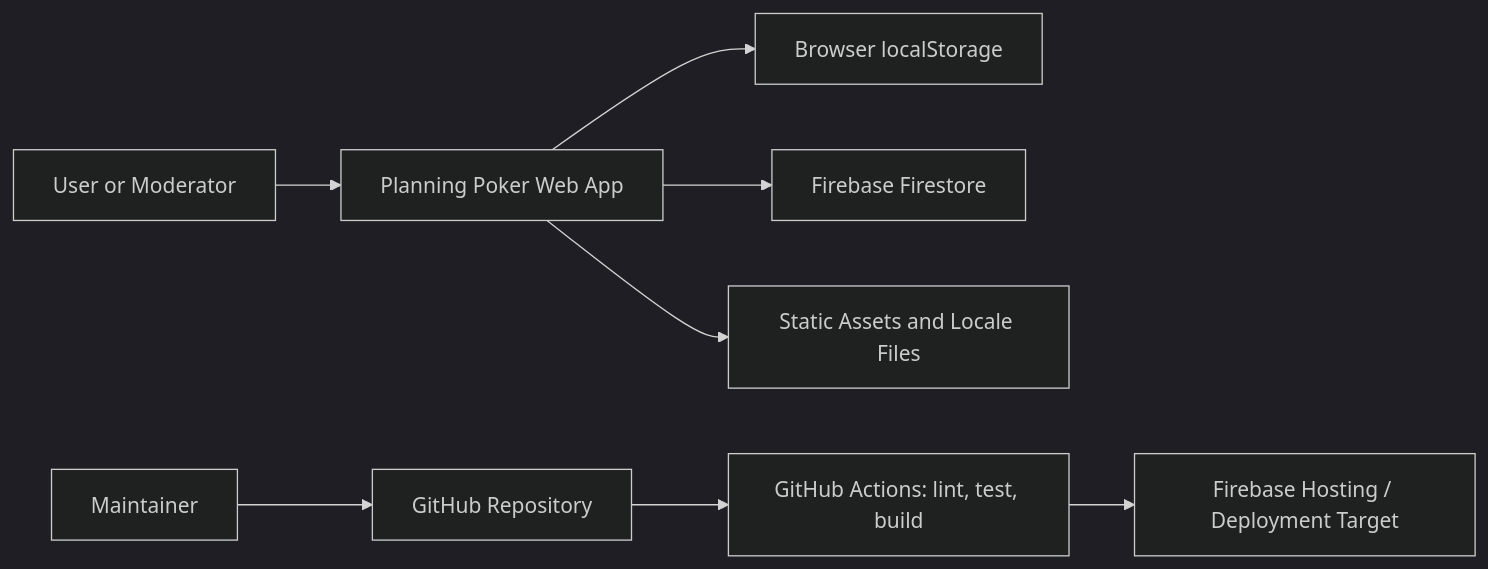
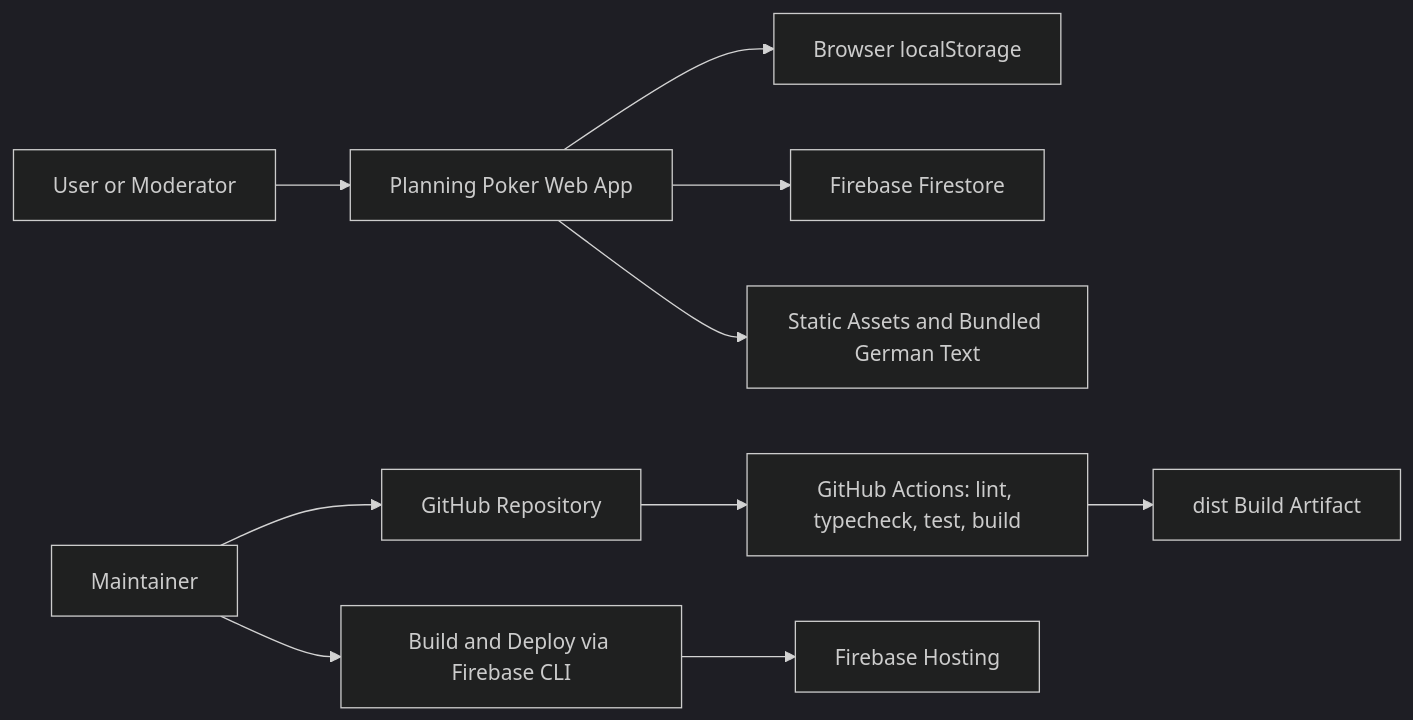
One commit to rfoerthe/planning-poker changed the first of 3 diagrams in docs/technical-architecture.md. Above: the diagram before and after it, drawn with Mermaid (dark theme). The commit also changed other lines of this file and 15 other files, not shown here.

````diff
--- a/docs/technical-architecture.md
+++ b/docs/technical-architecture.md
@@ -25,10 +25,12 @@
 ```mermaid
 flowchart LR
     User["User or Moderator"] --> Browser["Planning Poker Web App"]
     Browser --> LocalStorage["Browser localStorage"]
     Browser --> Firestore["Firebase Firestore"]
-    Browser --> Assets["Static Assets and Locale Files"]
+    Browser --> Assets["Static Assets and Bundled German Text"]
     Maintainer["Maintainer"] --> GitHub["GitHub Repository"]
-    GitHub --> CI["GitHub Actions: lint, test, build"]
-    CI --> FirebaseHosting["Firebase Hosting / Deployment Target"]
+    GitHub --> CI["GitHub Actions: lint, typecheck, test, build"]
+    CI --> Artifact["dist Build Artifact"]
+    Maintainer --> Deploy["Build and Deploy via Firebase CLI"]
+    Deploy --> FirebaseHosting["Firebase Hosting"]
 ```
````
